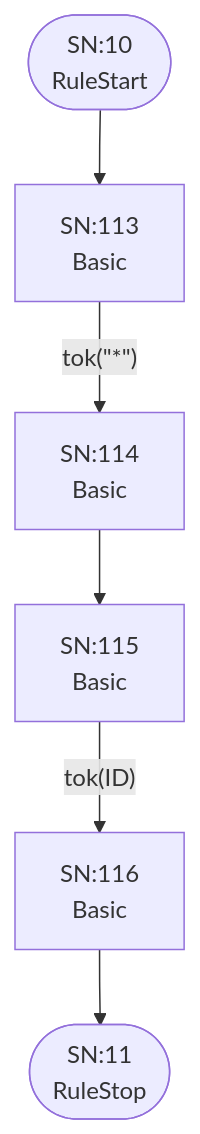
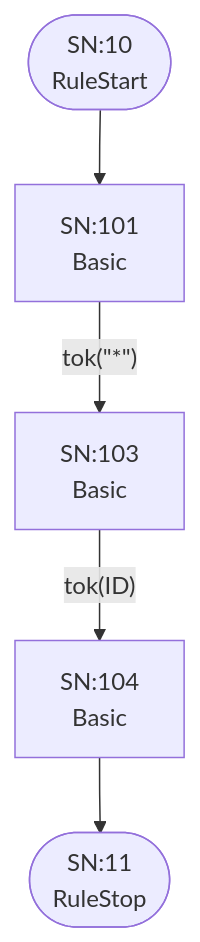
The sixth of 25 diagrams in internal/grammar/atn.md (TypeFox/fastbelt), drawn with Mermaid before and after one commit. The commit also changed other lines of this file and 4 other files, not shown here.

````diff
--- a/internal/grammar/atn.md
+++ b/internal/grammar/atn.md
@@ -191,15 +167,13 @@
 ```mermaid
 flowchart TD
     q10(["SN:10<br/>RuleStart"])
     q11(["SN:11<br/>RuleStop"])
-    q113["SN:113<br/>Basic<br/>"]
-    q114["SN:114<br/>Basic<br/>"]
-    q115["SN:115<br/>Basic<br/>"]
-    q116["SN:116<br/>Basic<br/>"]
+    q101["SN:101<br/>Basic<br/>"]
+    q102["SN:103<br/>Basic<br/>"]
+    q103["SN:104<br/>Basic<br/>"]
 
-    q10 --> q113
-    q113 -->|"tok(&quot;*&quot;)"| q114
-    q114 --> q115
-    q115 -->|"tok(ID)"| q116
-    q116 --> q11
+    q10 --> q101
+    q101 -->|"tok(&quot;*&quot;)"| q102
+    q102 -->|"tok(ID)"| q103
+    q103 --> q11
 ```
````
